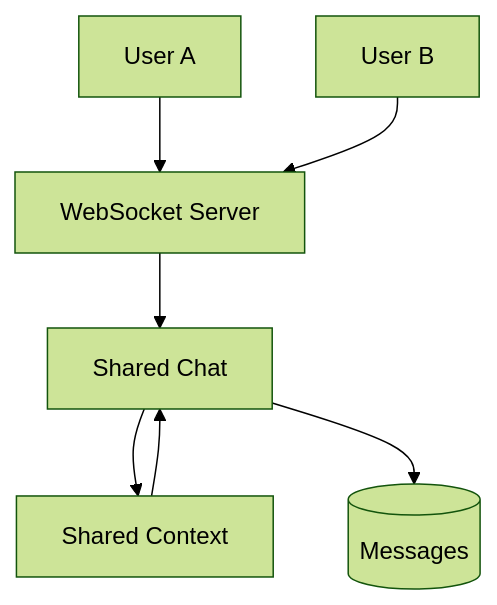
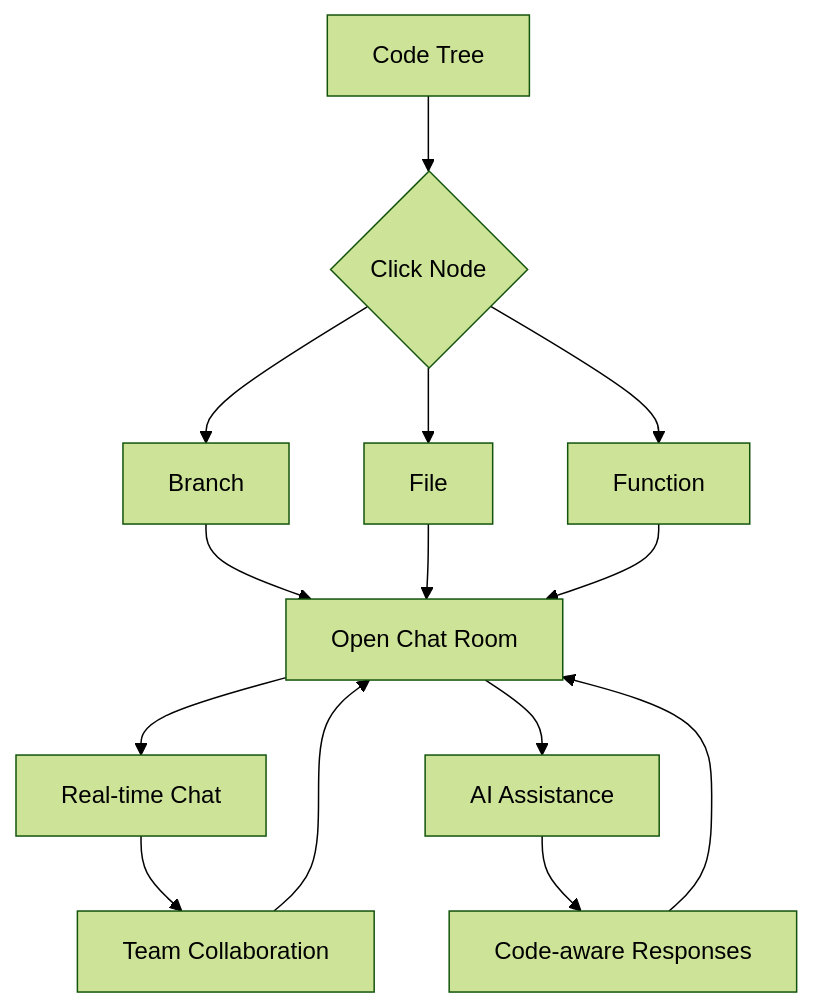
Before and after one commit to hassan689/Polonium: the fifth of 8 diagrams in README.md, drawn with Mermaid (forest theme).

Commit message:
Enhance collaboration flowchart in README

````diff
--- a/README.md
+++ b/README.md
@@ -74,9 +74,16 @@
 ```mermaid
 flowchart TD
-    U1[User A] --> WS[WebSocket Server]
-    U2[User B] --> WS
-    WS --> CHAT[Shared Chat]
-    CHAT --> AI[Shared Context]
-    AI --> CHAT
-    CHAT --> DB[(Messages)]
+    A[ Code Tree] --> B{Click Node}
+    B --> C[Branch]
+    B --> D[File]
+    B --> E[Function]
+    C --> F[ Open Chat Room]
+    D --> F
+    E --> F
+    F --> G[ Real-time Chat]
+    F --> H[ AI Assistance]
+    G --> I[ Team Collaboration]
+    H --> J[Code-aware Responses]
+    I --> F
+    J --> F
 ```
````
